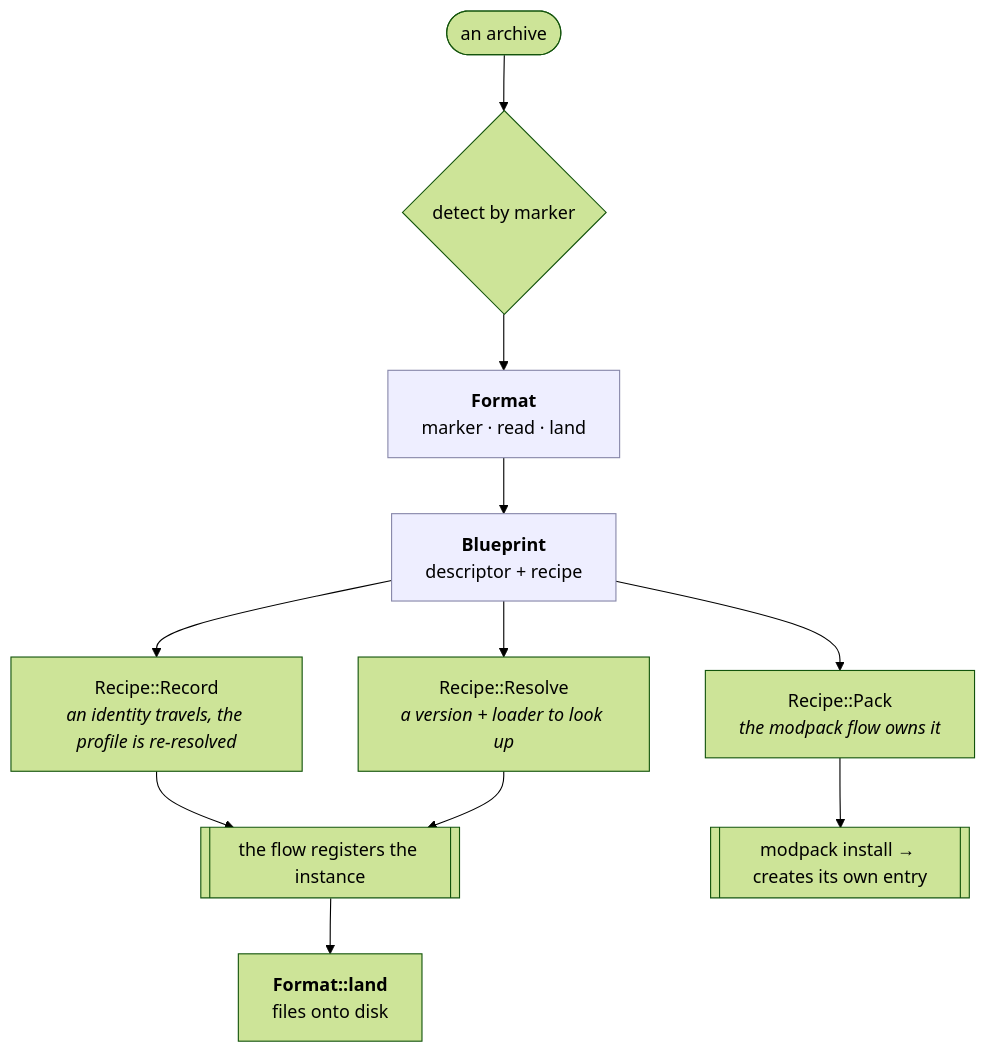
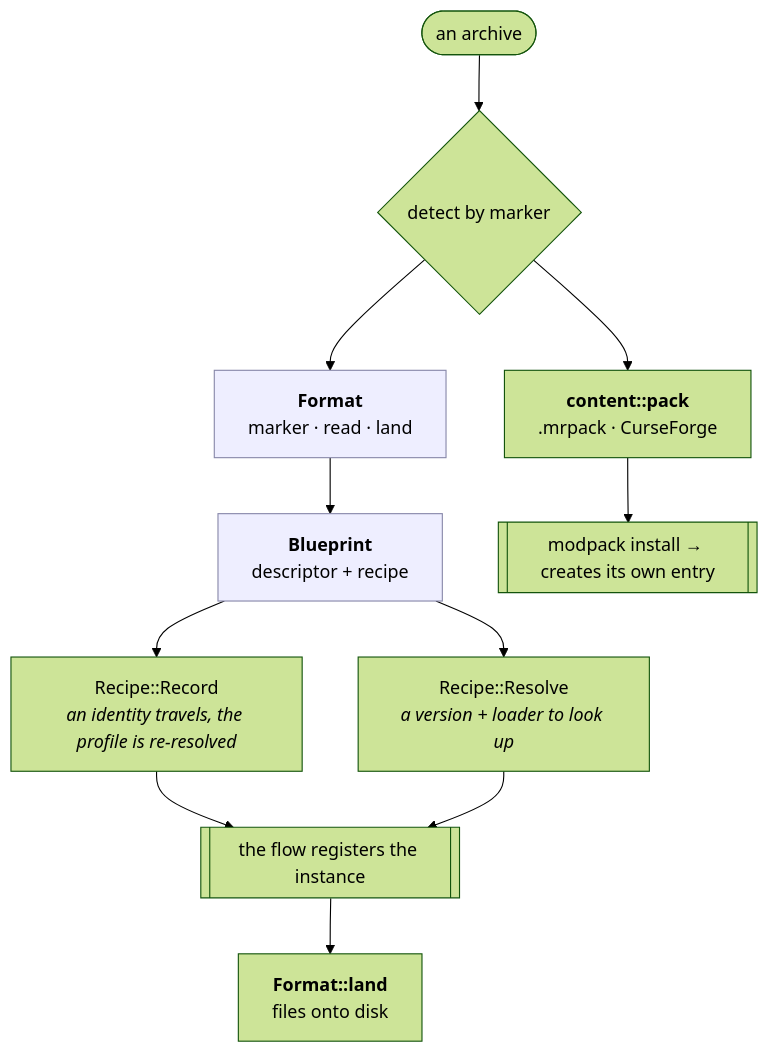
The diagram in docs/architecture/transfer.md (prytaneum/hestia), drawn with Mermaid (forest theme) before and after one commit. The commit also changed other lines of this file and 11 other files, not shown here.

Commit message:
refactor(content): detect and extract a pack archive once

````diff
--- a/docs/architecture/transfer.md
+++ b/docs/architecture/transfer.md
@@ -40,16 +43,16 @@
 ```mermaid
 flowchart TD
     FILE([an archive]) --> DETECT{detect by marker}
     DETECT --> FMT["<b>Format</b><br/>marker · read · land"]
+    DETECT --> PACK["<b>content::pack</b><br/>.mrpack · CurseForge"]
     FMT --> BP["<b>Blueprint</b><br/>descriptor + recipe"]
     BP --> R1["Recipe::Record<br/><i>an identity travels, the profile is re-resolved</i>"]
     BP --> R2["Recipe::Resolve<br/><i>a version + loader to look up</i>"]
-    BP --> R3["Recipe::Pack<br/><i>the modpack flow owns it</i>"]
     R1 --> CREATE[["the flow registers the instance"]]
     R2 --> CREATE
-    R3 --> MODPACK[["modpack install → creates its own entry"]]
+    PACK --> MODPACK[["modpack install → creates its own entry"]]
     CREATE --> LAND["<b>Format::land</b><br/>files onto disk"]
 
     classDef seam fill:#eef,stroke:#88a
     class FMT,BP seam
 ```
````
